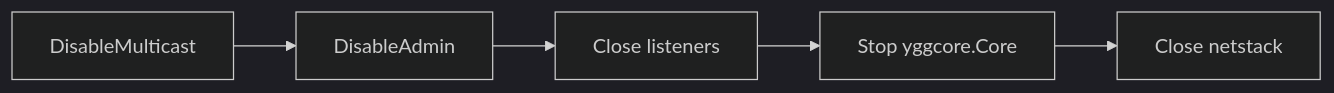
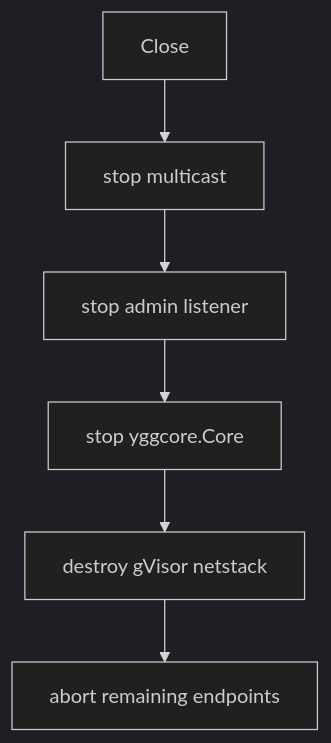
The second of 2 diagrams in mod/core/README.md (voluminor/ratatoskr), drawn with Mermaid (dark theme) before and after one commit. The commit also changed other lines of this file and 273 other files, not shown here.

````diff
--- a/mod/core/README.md
+++ b/mod/core/README.md
@@ -178,7 +181,14 @@
 ```mermaid
-flowchart LR
-    A["DisableMulticast"] --> B["DisableAdmin"]
-    B --> C["Close listeners"]
-    C --> D["Stop yggcore.Core"]
-    D --> E["Close netstack"]
+flowchart TD
+  Close["Close"]
+  Multicast["stop multicast"]
+  Admin["stop admin listener"]
+  Core["stop yggcore.Core"]
+  Stack["destroy gVisor netstack"]
+  Endpoints["abort remaining endpoints"]
+  Close --> Multicast
+  Multicast --> Admin
+  Admin --> Core
+  Core --> Stack
+  Stack --> Endpoints
 ```
````
